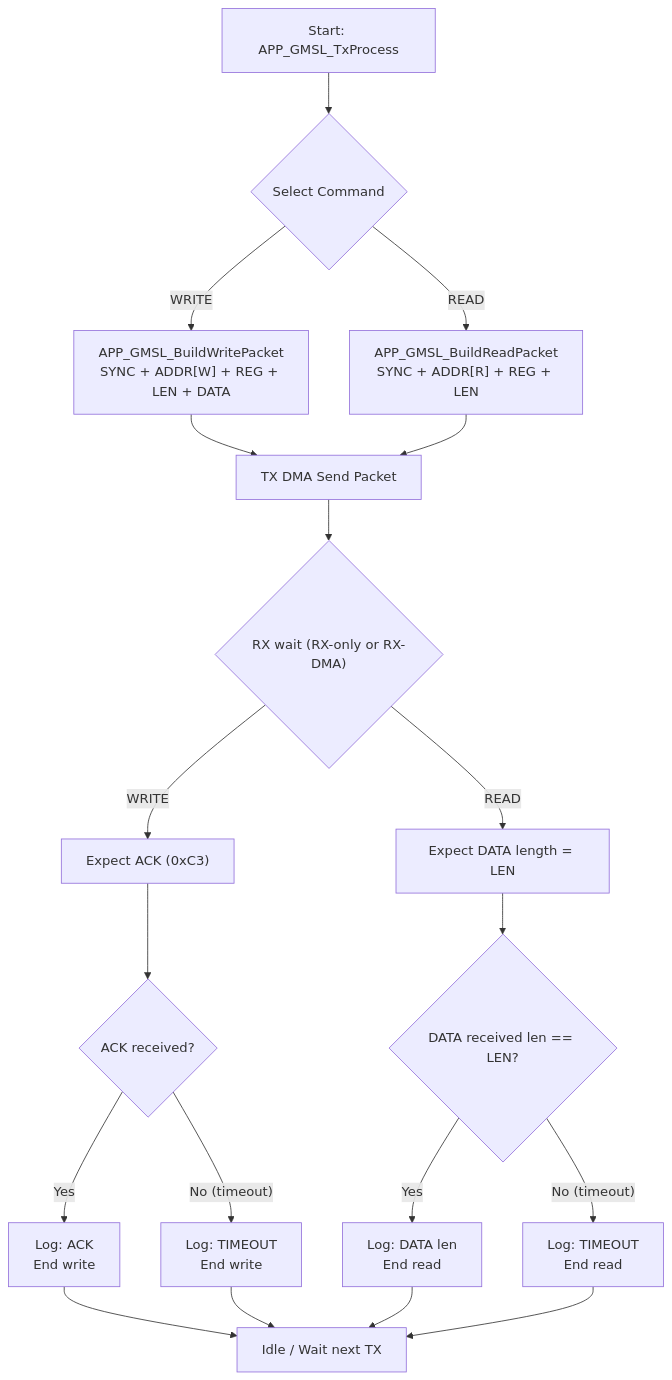
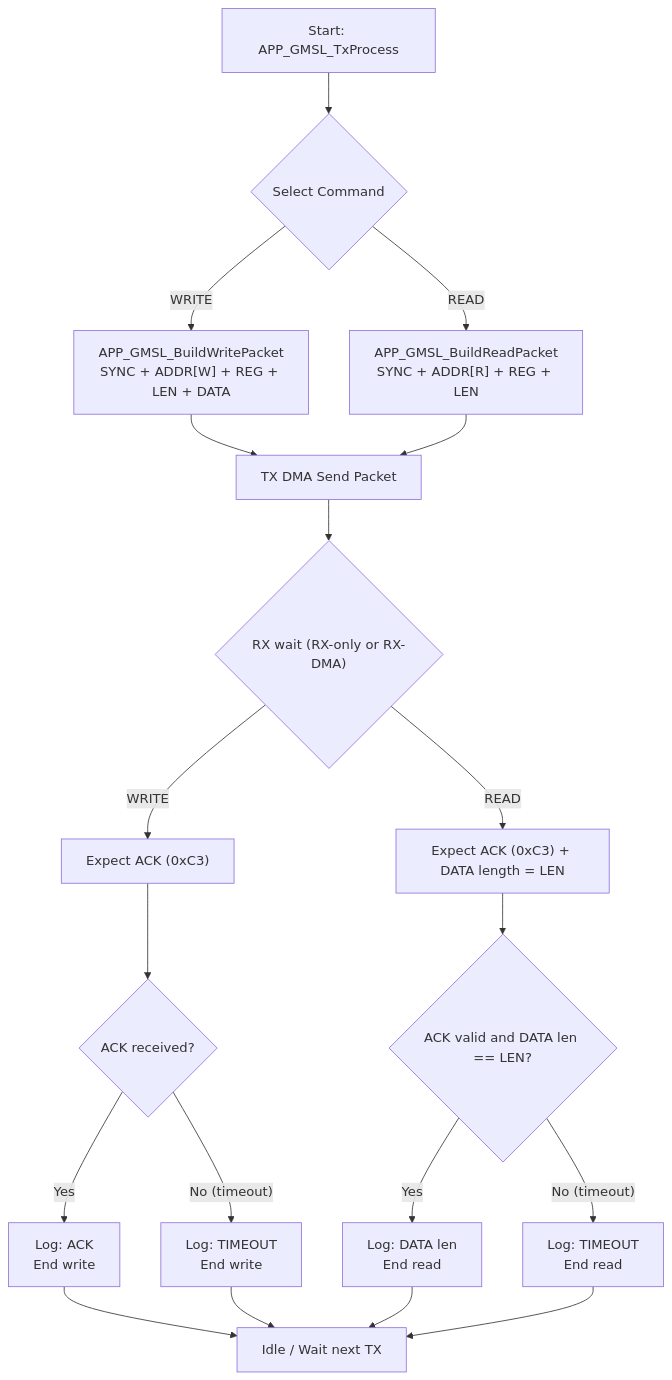
Before and after one commit to released/slide_RH850_UART_DMA: the first of 2 diagrams in index.md, drawn with Mermaid. The commit also changed other lines of this file and 1 other file, not shown here.

````diff
--- a/index.md
+++ b/index.md
@@ -452,27 +453,27 @@
 ```mermaid
 flowchart TD
     A["Start: APP_GMSL_TxProcess"] --> B{"Select Command"}
     B -->|"WRITE"| C["APP_GMSL_BuildWritePacket<br/>SYNC + ADDR[W] + REG + LEN + DATA"]
     B -->|"READ"| D["APP_GMSL_BuildReadPacket<br/>SYNC + ADDR[R] + REG + LEN"]
 
     C --> E["TX DMA Send Packet"]
     D --> E
 
     E --> F{"RX wait (RX-only or RX-DMA)"}
     F -->|"WRITE"| G["Expect ACK (0xC3)"]
-    F -->|"READ"| H["Expect DATA length = LEN"]
+    F -->|"READ"| H["Expect ACK (0xC3) + DATA length = LEN"]
 
     G --> I{"ACK received?"}
     I -->|"Yes"| J["Log: ACK<br/>End write"]
     I -->|"No (timeout)"| K["Log: TIMEOUT<br/>End write"]
 
-    H --> L{"DATA received len == LEN?"}
+    H --> L{"ACK valid and DATA len == LEN?"}
     L -->|"Yes"| M["Log: DATA len<br/>End read"]
     L -->|"No (timeout)"| N["Log: TIMEOUT<br/>End read"]
 
     J --> O["Idle / Wait next TX"]
     K --> O
     M --> O
     N --> O
 
 ```
````
